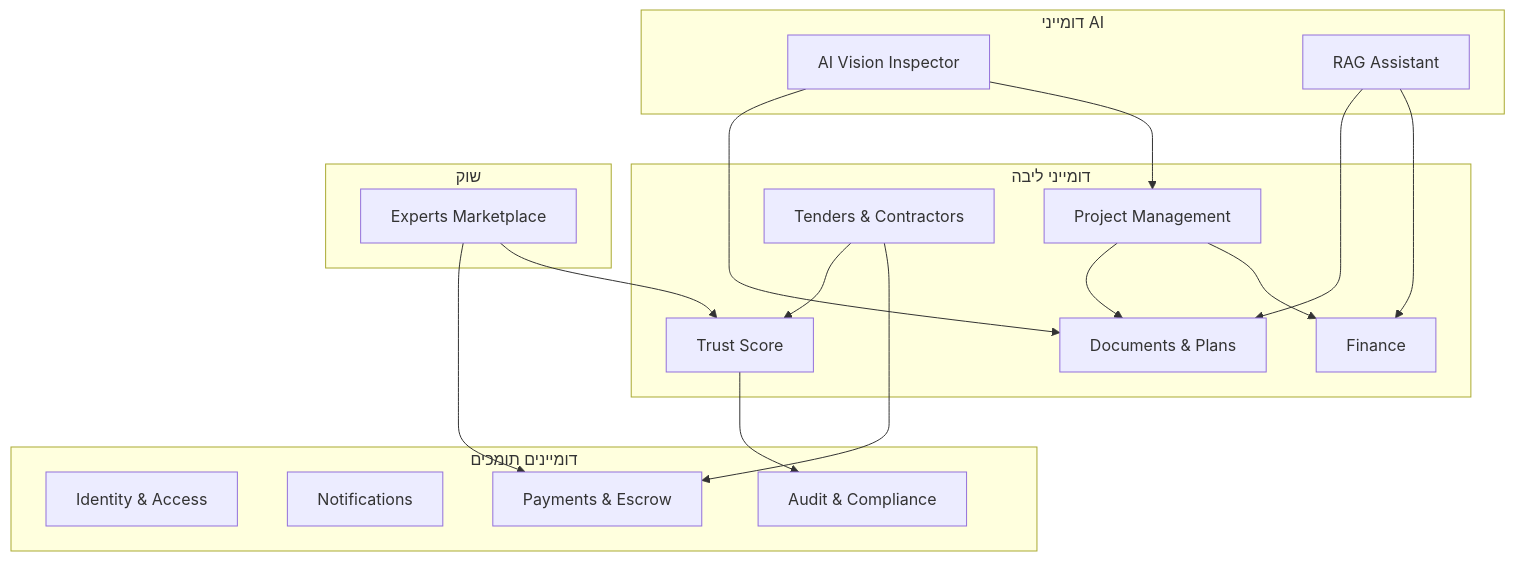
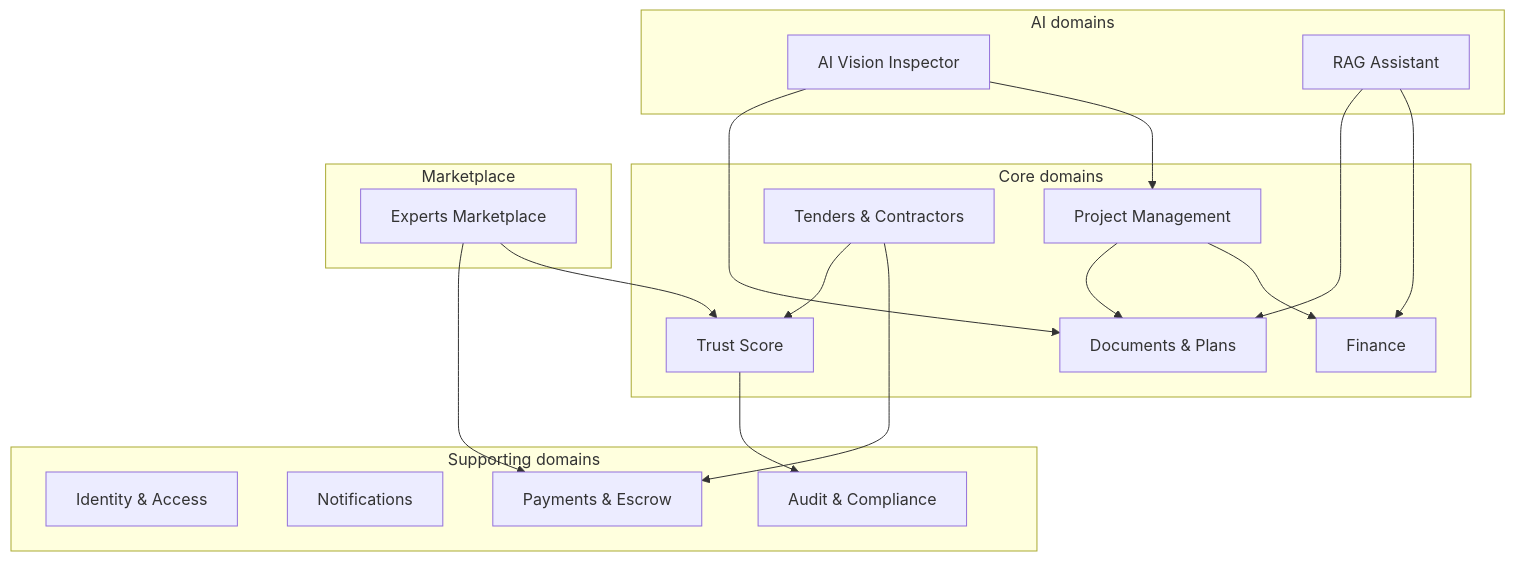
The first of 6 diagrams in docs/high-level-design.md (olegsher-ds-2025/Buildguard), drawn with Mermaid before and after one commit. The commit also changed other lines of this file, not shown here.

````diff
--- a/docs/high-level-design.md
+++ b/docs/high-level-design.md
@@ -83,35 +84,35 @@
 ```mermaid
 graph TB
-    subgraph Core["דומייני ליבה"]
+    subgraph Core["Core domains"]
         PM[Project Management]
         TND[Tenders & Contractors]
         TS[Trust Score]
         FIN[Finance]
         DOC[Documents & Plans]
     end
-    subgraph AI["דומייני AI"]
+    subgraph AI["AI domains"]
         VIS[AI Vision Inspector]
         RAG[RAG Assistant]
     end
-    subgraph Market["שוק"]
+    subgraph Market["Marketplace"]
         MKT[Experts Marketplace]
     end
-    subgraph Support["דומיינים תומכים"]
+    subgraph Support["Supporting domains"]
         IAM[Identity & Access]
         NOTIF[Notifications]
         PAY[Payments & Escrow]
         AUD[Audit & Compliance]
     end
 
     PM --> DOC
     PM --> FIN
     TND --> TS
     TND --> PAY
     VIS --> DOC
     VIS --> PM
     RAG --> DOC
     RAG --> FIN
     MKT --> PAY
     MKT --> TS
     TS --> AUD
 ```
````
